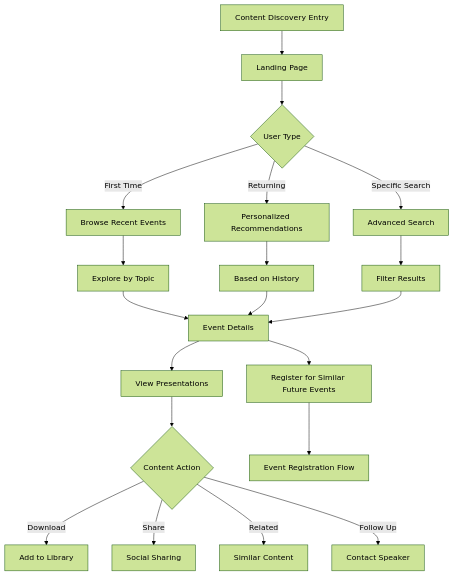
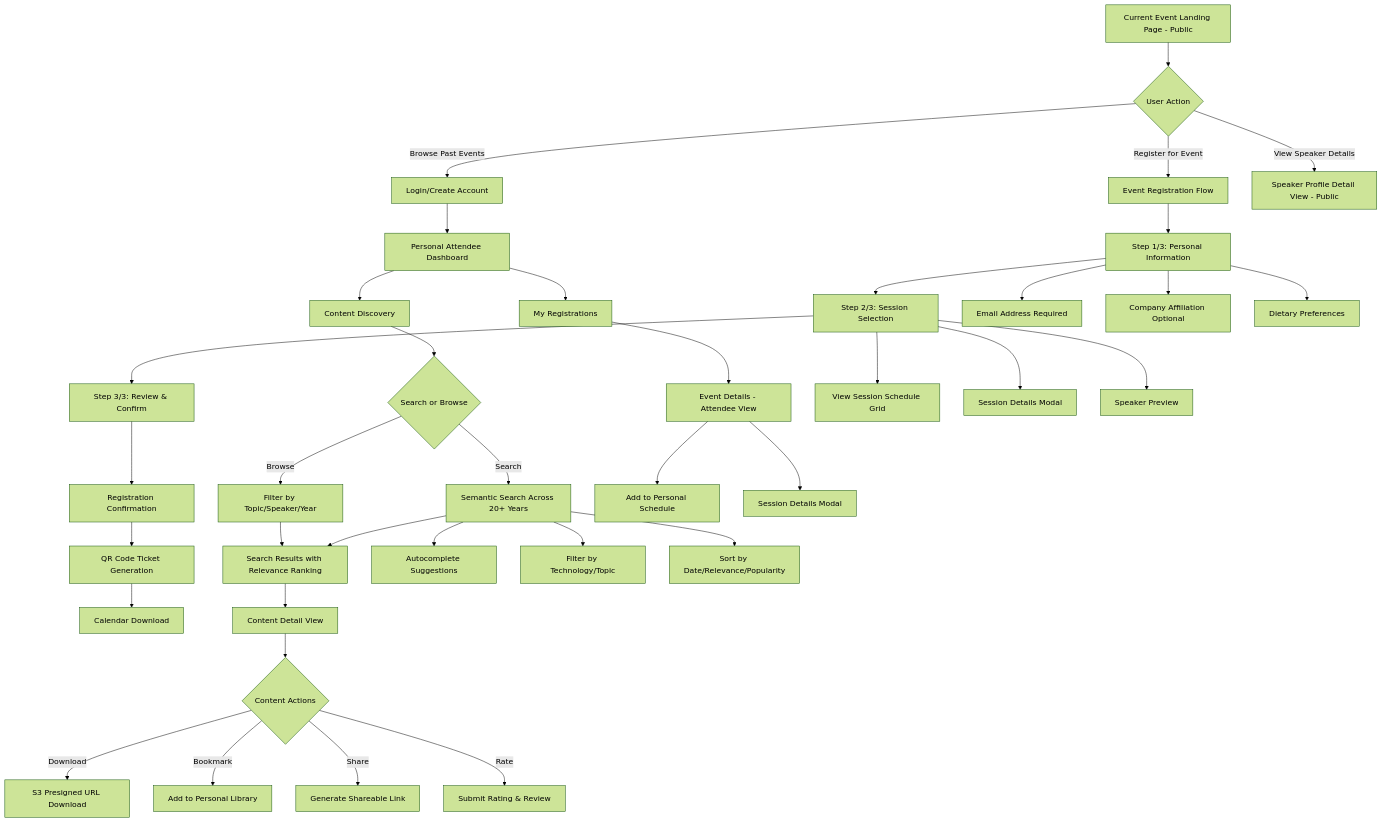
The fifth of 5 diagrams in docs/front-end-spec.md (nissimbuchs/BATbern2), drawn with Mermaid (forest theme) before and after one commit. The commit also changed other lines of this file, not shown here.

First line of the commit message:
docs(ux): create comprehensive frontend spec v2.0 aligned with PRD v4

````diff
--- a/docs/front-end-spec.md
+++ b/docs/front-end-spec.md
@@ -305,28 +443,50 @@
 ```mermaid
 graph TD
-    A[Content Discovery Entry] --> B[Landing Page]
-    B --> C{User Type}
+    A[Current Event Landing Page - Public] --> B{User Action}
 
-    C -->|First Time| D[Browse Recent Events]
-    C -->|Returning| E[Personalized Recommendations]
-    C -->|Specific Search| F[Advanced Search]
+    B -->|Register for Event| C[Event Registration Flow]
+    B -->|Browse Past Events| D[Login/Create Account]
+    B -->|View Speaker Details| E[Speaker Profile Detail View - Public]
 
-    D --> G[Explore by Topic]
-    E --> H[Based on History]
-    F --> I[Filter Results]
+    C --> C1[Step 1/3: Personal Information]
+    C1 --> C2[Step 2/3: Session Selection]
+    C2 --> C3[Step 3/3: Review & Confirm]
+    C3 --> C4[Registration Confirmation]
+    C4 --> C5[QR Code Ticket Generation]
+    C5 --> C6[Calendar Download]
 
-    G --> J[Event Details]
-    H --> J
-    I --> J
+    D --> F[Personal Attendee Dashboard]
+    F --> G[Content Discovery]
+    G --> H{Search or Browse}
 
-    J --> K[View Presentations]
-    K --> L{Content Action}
+    H -->|Search| I[Semantic Search Across 20+ Years]
+    H -->|Browse| J[Filter by Topic/Speaker/Year]
 
-    L -->|Download| M[Add to Library]
-    L -->|Share| N[Social Sharing]
-    L -->|Related| O[Similar Content]
-    L -->|Follow Up| P[Contact Speaker]
+    I --> K[Search Results with Relevance Ranking]
+    J --> K
 
-    J --> Q[Register for Similar Future Events]
-    Q --> R[Event Registration Flow]
+    K --> L[Content Detail View]
+    L --> M{Content Actions}
+
+    M -->|Download| N[S3 Presigned URL Download]
+    M -->|Bookmark| O[Add to Personal Library]
+    M -->|Share| P[Generate Shareable Link]
+    M -->|Rate| Q[Submit Rating & Review]
+
+    F --> R[My Registrations]
+    R --> S[Event Details - Attendee View]
+    S --> T[Add to Personal Schedule]
+    S --> U[Session Details Modal]
+
+    C1 --> C1A[Email Address Required]
+    C1 --> C1B[Company Affiliation Optional]
+    C1 --> C1C[Dietary Preferences]
+
+    C2 --> C2A[View Session Schedule Grid]
+    C2 --> C2B[Session Details Modal]
+    C2 --> C2C[Speaker Preview]
+
+    I --> I1[Autocomplete Suggestions]
+    I --> I2[Filter by Technology/Topic]
+    I --> I3[Sort by Date/Relevance/Popularity]
 ```
````
